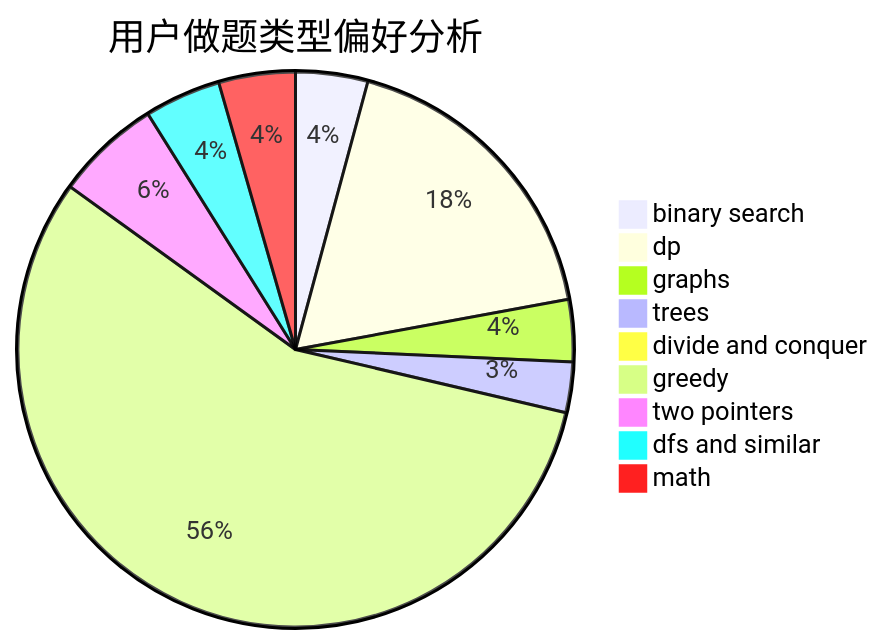
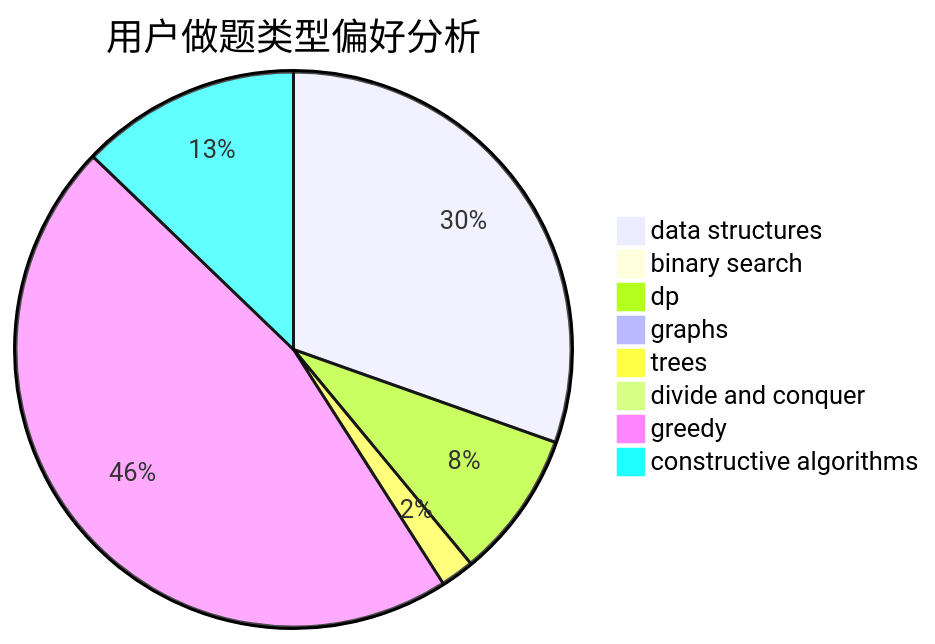
The second of 3 diagrams in docs/user/u1254.md (sherpahu/cfrs.github.io), drawn with Mermaid before and after one commit. The commit also changed other lines of this file and 2775 other files, not shown here.

````diff
--- a/docs/user/u1254.md
+++ b/docs/user/u1254.md
@@ -23,12 +23,11 @@
 ```mermaid
 pie title 用户做题类型偏好分析
-    "binary search" :  50
-    "dp" :  213
-    "graphs" :  43
-    "trees" :  35
-    "divide and conquer" :  7
-    "greedy" :  670
-    "two pointers" :  73
-    "dfs and similar" :  53
-    "math" :  53
+    "data structures" :  373
+    "binary search" :  8
+    "dp" :  105
+    "graphs" :  3
+    "trees" :  24
+    "divide and conquer" :  0
+    "greedy" :  567
+    "constructive algorithms" :  157
 ```
````
